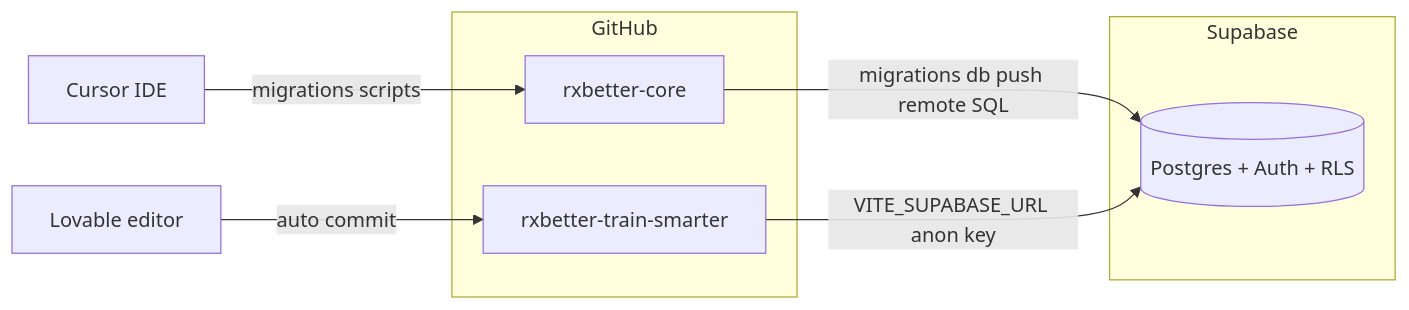
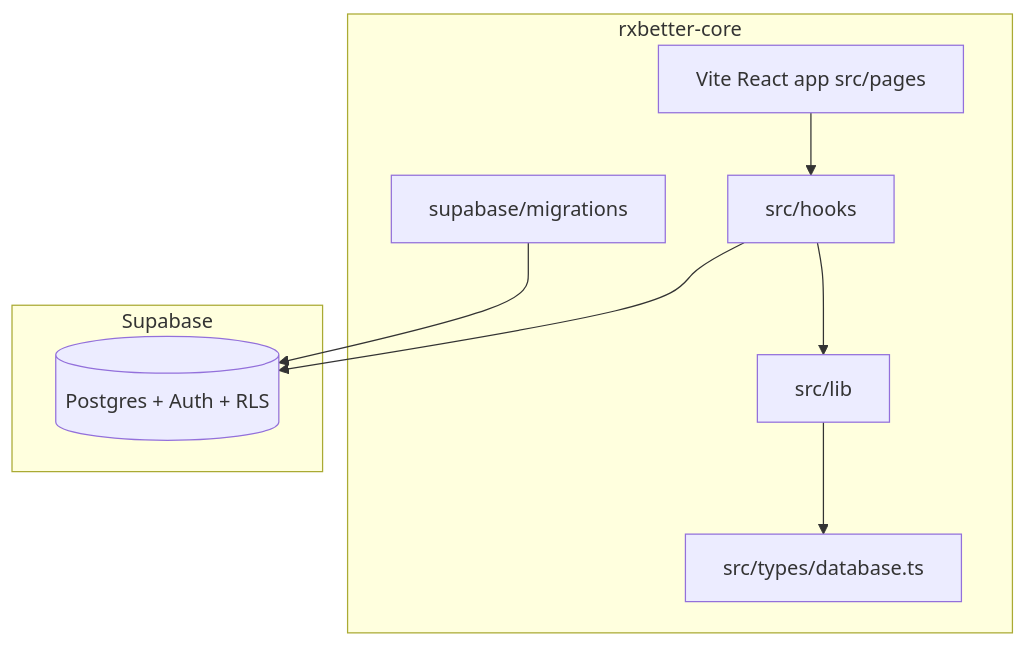
The diagram in docs/ARCHITECTURE.md (pauljaworski/rxbetter-core), drawn with Mermaid before and after one commit. The commit also changed other lines of this file and 120 other files, not shown here.

First line of the commit message:
feat(ui): monorepo Vite app with Supabase data hooks

````diff
--- a/docs/ARCHITECTURE.md
+++ b/docs/ARCHITECTURE.md
@@ -12,14 +13,18 @@
 ```mermaid
-flowchart LR
-  subgraph repos [GitHub]
-    core[rxbetter-core]
-    ui[rxbetter-train-smarter]
+flowchart TB
+  subgraph monorepo [rxbetter-core]
+    vite[Vite React app src/pages]
+    hooks[src/hooks]
+    lib[src/lib]
+    types[src/types/database.ts]
+    mig[supabase/migrations]
   end
   subgraph runtime [Supabase]
     db[(Postgres + Auth + RLS)]
   end
-  core -->|migrations db push remote SQL| db
-  ui -->|VITE_SUPABASE_URL anon key| db
-  Lovable[Lovable editor] -->|auto commit| ui
-  Cursor[Cursor IDE] -->|migrations scripts| core
+  vite --> hooks
+  hooks --> lib
+  lib --> types
+  hooks --> db
+  mig --> db
 ```
````
